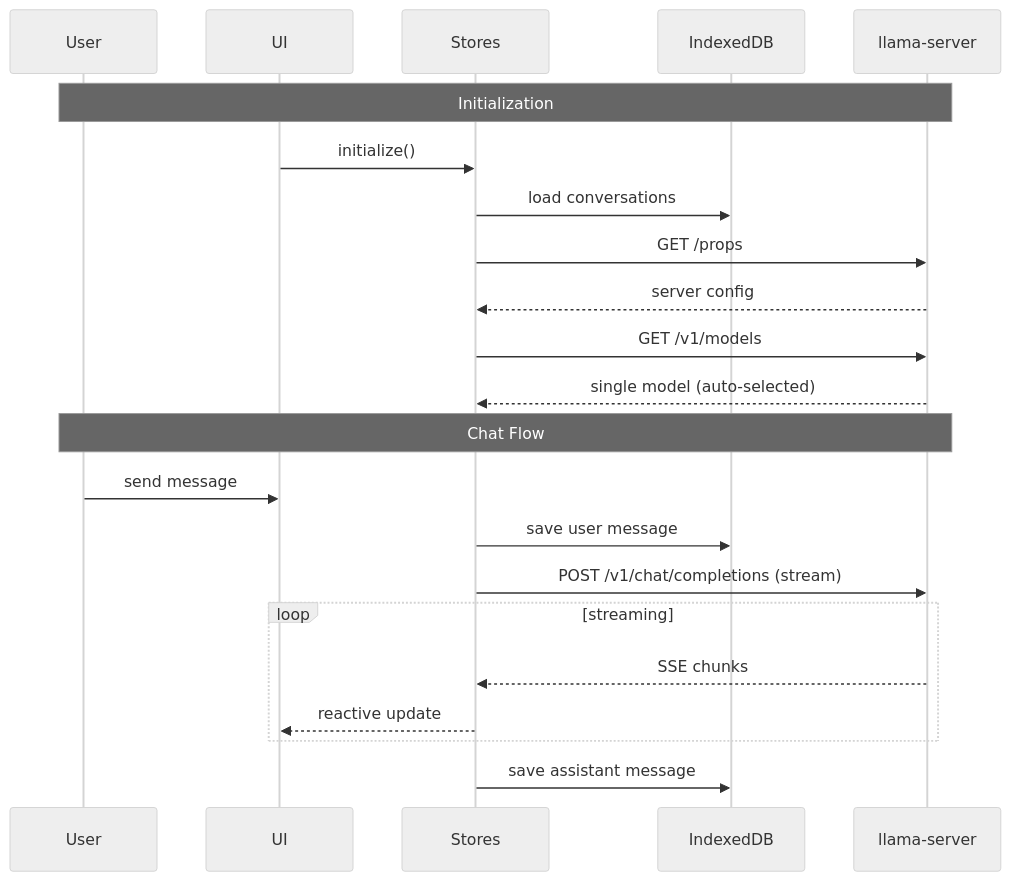
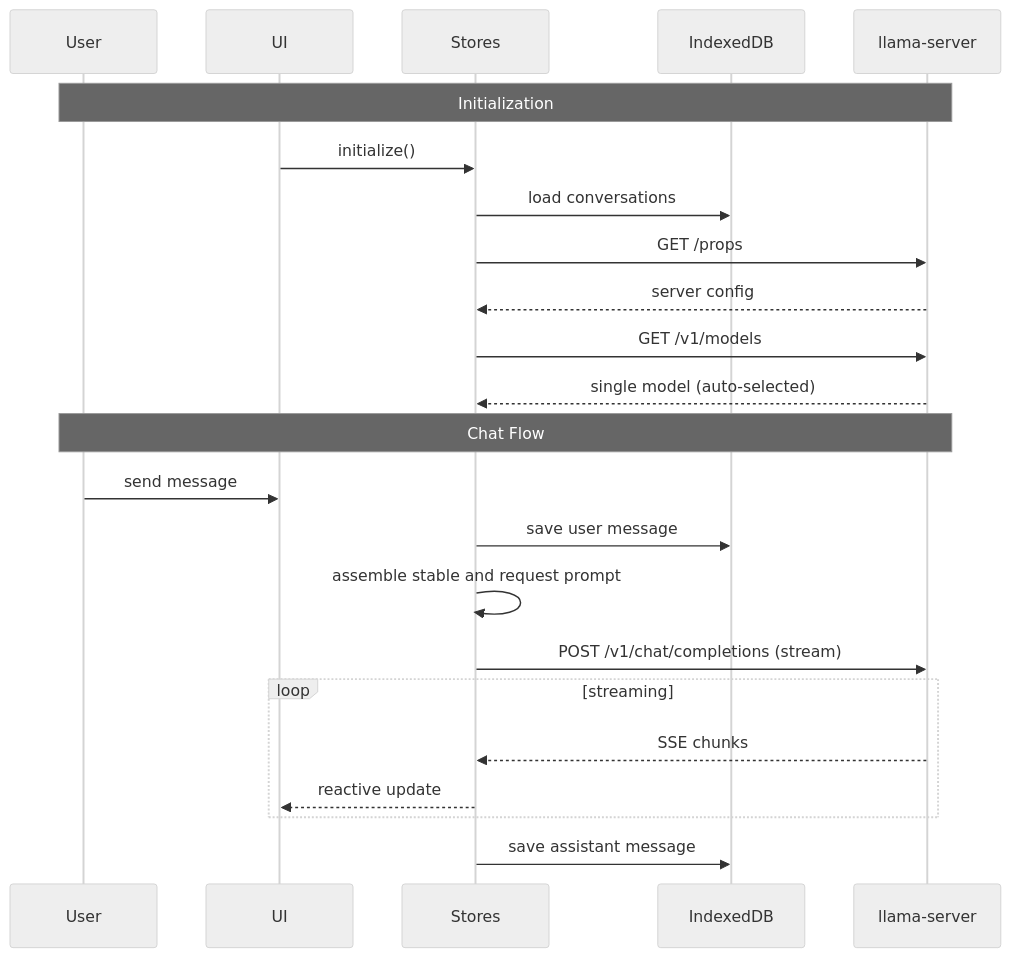
Before and after one commit to CadezDavid/llama.cpp: the second of 5 diagrams in tools/ui/README.md, drawn with Mermaid (neutral theme). The commit also changed other lines of this file and 1 other file, not shown here.

````diff
--- a/tools/ui/README.md
+++ b/tools/ui/README.md
@@ -382,26 +383,27 @@
 ```mermaid
 sequenceDiagram
     participant User
     participant UI
     participant Stores
     participant DB as IndexedDB
     participant API as llama-server
 
     Note over User,API: Initialization
     UI->>Stores: initialize()
     Stores->>DB: load conversations
     Stores->>API: GET /props
     API-->>Stores: server config
     Stores->>API: GET /v1/models
     API-->>Stores: single model (auto-selected)
 
     Note over User,API: Chat Flow
     User->>UI: send message
     Stores->>DB: save user message
+    Stores->>Stores: assemble stable and request prompt
     Stores->>API: POST /v1/chat/completions (stream)
     loop streaming
         API-->>Stores: SSE chunks
         Stores-->>UI: reactive update
     end
     Stores->>DB: save assistant message
 ```
````
